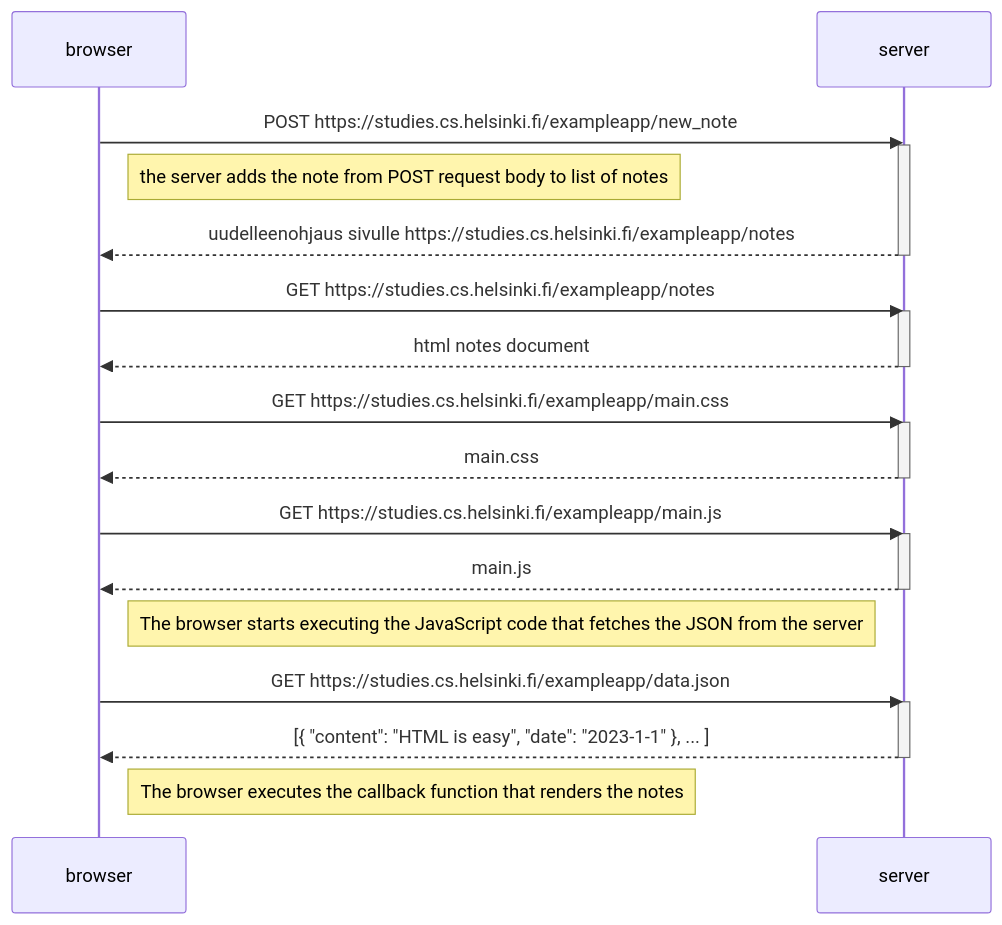
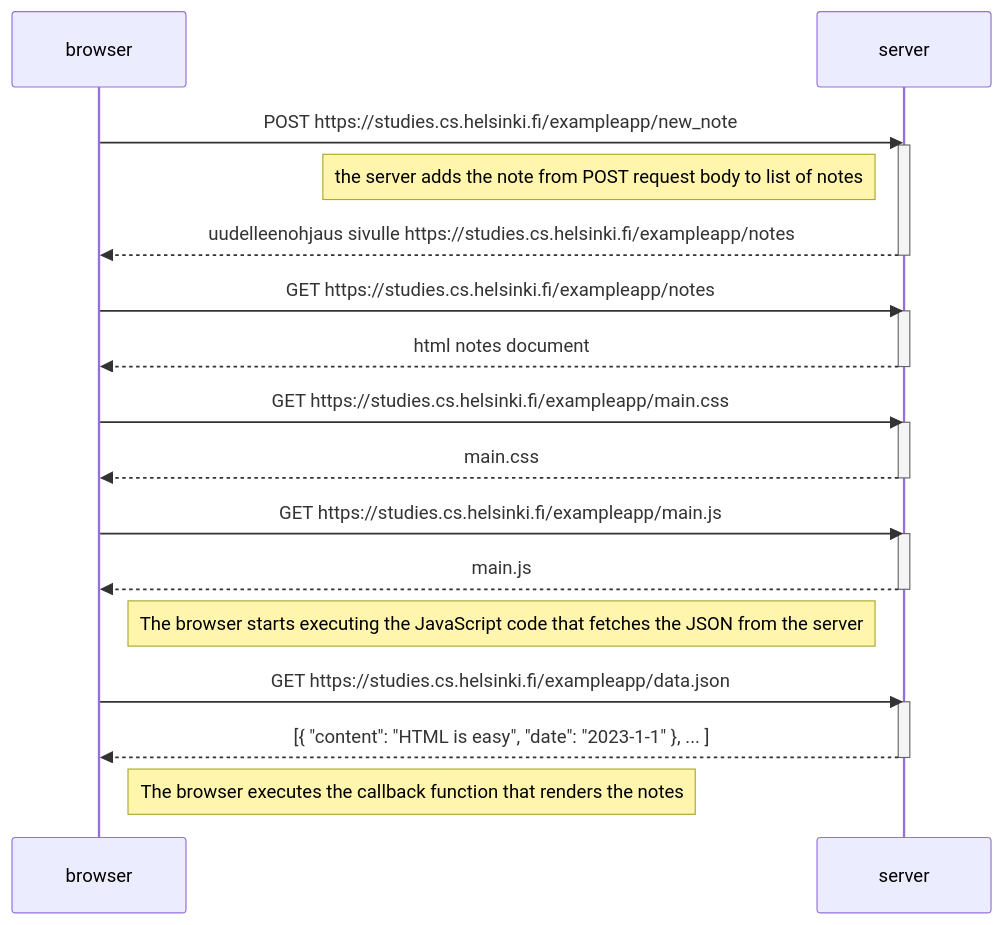
The diagram in osa0/4 uusi muistiinpano.md (vqhqu/fullstackopen), drawn with Mermaid before and after one commit.

````diff
--- a/osa0/4 uusi muistiinpano.md
+++ b/osa0/4 uusi muistiinpano.md
@@ -1,32 +1,32 @@
 ```mermaid
 sequenceDiagram
     participant browser
     participant server
 
     browser->>server: POST https://studies.cs.helsinki.fi/exampleapp/new_note
     activate server
-    Note right of browser: the server adds the note from POST request body to list of notes
+    Note left of server: the server adds the note from POST request body to list of notes
     server-->>browser: uudelleenohjaus sivulle https://studies.cs.helsinki.fi/exampleapp/notes
     deactivate server
 
     browser->>server: GET https://studies.cs.helsinki.fi/exampleapp/notes
     activate server
     server-->>browser: html notes document
     deactivate server
     browser->>server: GET https://studies.cs.helsinki.fi/exampleapp/main.css
     activate server
     server-->>browser: main.css
     deactivate server
     browser->>server: GET https://studies.cs.helsinki.fi/exampleapp/main.js
     activate server
     server-->>browser: main.js
     deactivate server
     Note right of browser: The browser starts executing the JavaScript code that fetches the JSON from the server
     
     browser->>server: GET https://studies.cs.helsinki.fi/exampleapp/data.json
     activate server
     server-->>browser: [{ "content": "HTML is easy", "date": "2023-1-1" }, ... ]
     deactivate server    
 
     Note right of browser: The browser executes the callback function that renders the notes 
 ```
````
